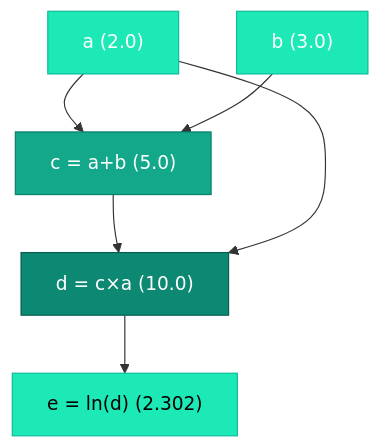
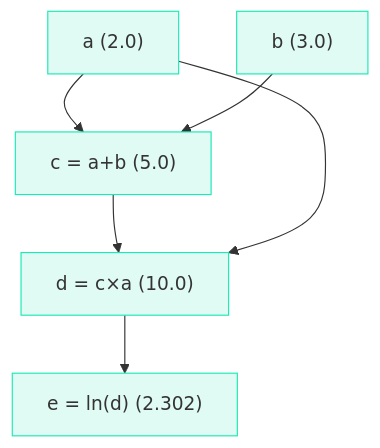
Before and after one commit to iamkhalid2/microgpt-course: the third of 3 diagrams in docs/02-calculus-and-autograd/02-the-value-class.md, drawn with Mermaid. The commit also changed other lines of this file and 21 other files, not shown here.

Commit message:
Fix Mermaid: remove hardcoded text color (theme-adaptive), add mobile scrolling, fix \\n to br

````diff
--- a/docs/02-calculus-and-autograd/02-the-value-class.md
+++ b/docs/02-calculus-and-autograd/02-the-value-class.md
@@ -203,14 +203,14 @@
 ```mermaid
 flowchart TD
     A["a (2.0)"] --> C["c = a+b (5.0)"]
     B["b (3.0)"] --> C
     C --> D["d = c×a (10.0)"]
     A --> D
     D --> E["e = ln(d) (2.302)"]
 
-    style A fill:#1de9b6,stroke:#0db99a,color:#fff
-    style B fill:#1de9b6,stroke:#0db99a,color:#fff
-    style C fill:#12a889,stroke:#0a7d68,color:#fff
-    style D fill:#0d8872,stroke:#085c4e,color:#fff
-    style E fill:#1de9b6,stroke:#0db99a,color:#000
+    style A fill:#e0faf4,stroke:#1de9b6
+    style B fill:#e0faf4,stroke:#1de9b6
+    style C fill:#e0faf4,stroke:#1de9b6
+    style D fill:#e0faf4,stroke:#1de9b6
+    style E fill:#e0faf4,stroke:#1de9b6
 ```
````
